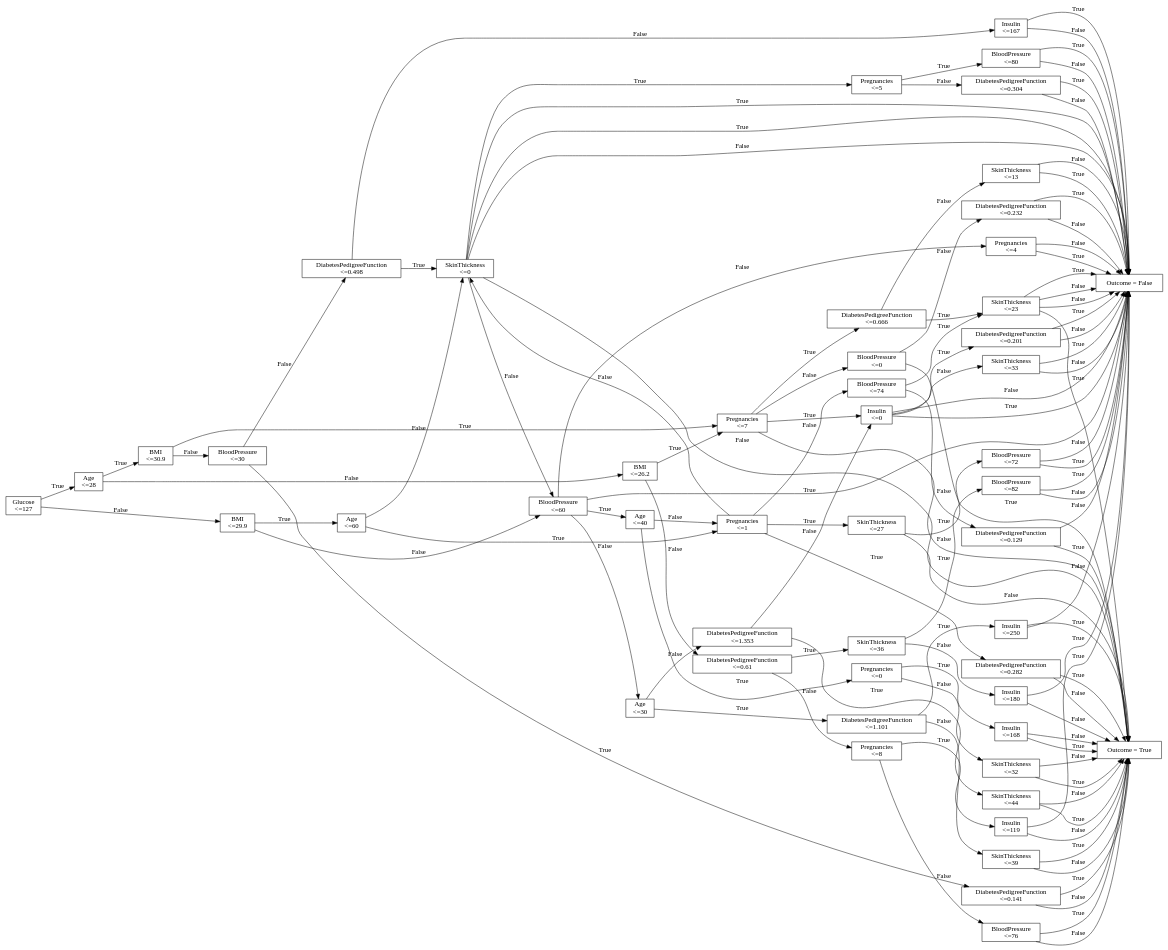
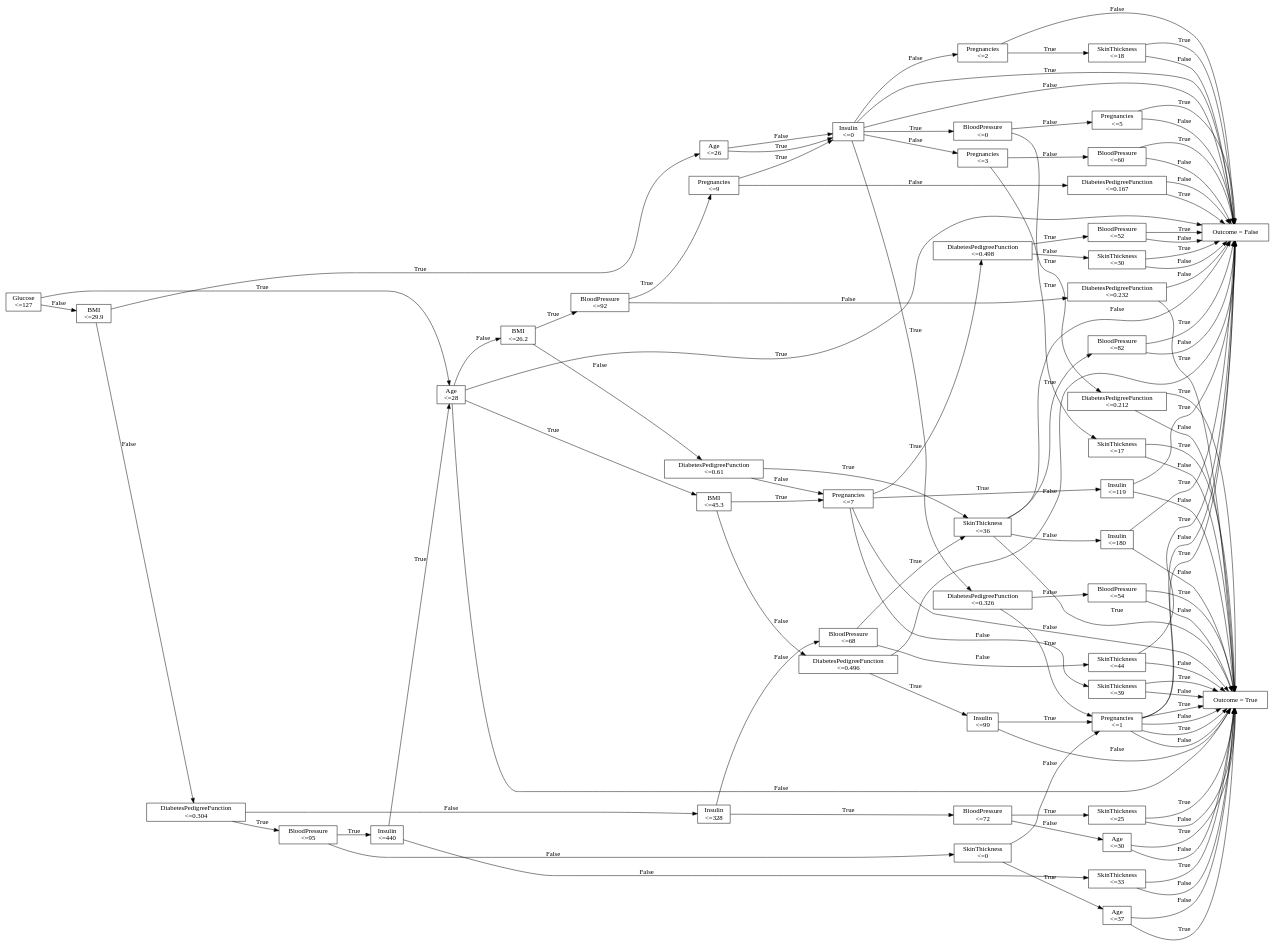
One commit to Debanjan2001/CS60050-Machine-Learning changed the diagram in Assignment-1/decision_tree.gv. Above: the diagram before and after it, drawn with Graphviz. The commit also changed 3 other files, not shown here.

```diff
--- a/Assignment-1/decision_tree.gv
+++ b/Assignment-1/decision_tree.gv
@@ -9,114 +9,107 @@
 <=29.9" [label=False]
 	"Age
 <=28" -> "BMI
-<=30.9" [label=True]
+<=45.3" [label=True]
 	"Age
 <=28" -> "BMI
 <=26.2" [label=False]
 	"BMI
 <=29.9" -> "Age
-<=60" [label=True]
+<=26" [label=True]
 	"BMI
-<=29.9" -> "BloodPressure
-<=60" [label=False]
+<=29.9" -> "DiabetesPedigreeFunction
+<=0.304" [label=False]
 	"BMI
-<=30.9" -> "Pregnancies
+<=45.3" -> "Pregnancies
 <=7" [label=True]
 	"BMI
-<=30.9" -> "BloodPressure
-<=30" [label=False]
+<=45.3" -> "DiabetesPedigreeFunction
+<=0.496" [label=False]
 	"BMI
-<=26.2" -> "Pregnancies
-<=7" [label=True]
+<=26.2" -> "BloodPressure
+<=92" [label=True]
 	"BMI
 <=26.2" -> "DiabetesPedigreeFunction
 <=0.61" [label=False]
 	"Age
-<=60" -> "Pregnancies
-<=1" [label=True]
+<=26" -> "Insulin
+<=0" [label=True]
 	"Age
-<=60" -> "SkinThickness
+<=26" -> "Insulin
 <=0" [label=False]
-	"BloodPressure
-<=60" -> "Age
-<=40" [label=True]
-	"BloodPressure
-<=60" -> "Age
-<=30" [label=False]
+	"DiabetesPedigreeFunction
+<=0.304" -> "BloodPressure
+<=95" [label=True]
+	"DiabetesPedigreeFunction
+<=0.304" -> "Insulin
+<=328" [label=False]
 	"Pregnancies
 <=7" -> "DiabetesPedigreeFunction
-<=0.666" [label=True]
+<=0.498" [label=True]
 	"Pregnancies
 <=7" -> "Outcome = True" [label=False]
+	"DiabetesPedigreeFunction
+<=0.496" -> "Insulin
+<=99" [label=True]
+	"DiabetesPedigreeFunction
+<=0.496" -> "Outcome = False" [label=False]
 	"BloodPressure
-<=30" -> "DiabetesPedigreeFunction
-<=0.141" [label=True]
+<=92" -> "Pregnancies
+<=9" [label=True]
 	"BloodPressure
-<=30" -> "DiabetesPedigreeFunction
-<=0.498" [label=False]
-	"Pregnancies
-<=7" -> "Insulin
-<=0" [label=True]
-	"Pregnancies
-<=7" -> "BloodPressure
-<=0" [label=False]
+<=92" -> "DiabetesPedigreeFunction
+<=0.232" [label=False]
 	"DiabetesPedigreeFunction
 <=0.61" -> "SkinThickness
 <=36" [label=True]
 	"DiabetesPedigreeFunction
 <=0.61" -> "Pregnancies
-<=8" [label=False]
-	"Pregnancies
-<=1" -> "SkinThickness
-<=27" [label=True]
-	"Pregnancies
-<=1" -> "BloodPressure
-<=74" [label=False]
-	"SkinThickness
+<=7" [label=False]
+	"Insulin
+<=0" -> "DiabetesPedigreeFunction
+<=0.326" [label=True]
+	"Insulin
 <=0" -> "Pregnancies
-<=5" [label=True]
-	"SkinThickness
+<=2" [label=False]
+	"Insulin
 <=0" -> "BloodPressure
-<=60" [label=False]
-	"Age
-<=40" -> "Pregnancies
 <=0" [label=True]
-	"Age
-<=40" -> "Pregnancies
-<=1" [label=False]
-	"Age
-<=30" -> "DiabetesPedigreeFunction
-<=1.101" [label=True]
-	"Age
-<=30" -> "DiabetesPedigreeFunction
-<=1.353" [label=False]
+	"Insulin
+<=0" -> "Pregnancies
+<=3" [label=False]
+	"BloodPressure
+<=95" -> "Insulin
+<=440" [label=True]
+	"BloodPressure
+<=95" -> "SkinThickness
+<=0" [label=False]
+	"Insulin
+<=328" -> "BloodPressure
+<=72" [label=True]
+	"Insulin
+<=328" -> "BloodPressure
+<=68" [label=False]
 	"DiabetesPedigreeFunction
-<=0.666" -> "SkinThickness
-<=23" [label=True]
-	"DiabetesPedigreeFunction
-<=0.666" -> "SkinThickness
-<=13" [label=False]
-	"DiabetesPedigreeFunction
-<=0.141" -> "Outcome = True" [label=True]
-	"DiabetesPedigreeFunction
-<=0.141" -> "Outcome = True" [label=False]
+<=0.498" -> "BloodPressure
+<=52" [label=True]
 	"DiabetesPedigreeFunction
 <=0.498" -> "SkinThickness
+<=30" [label=False]
+	"Insulin
+<=99" -> "Pregnancies
+<=1" [label=True]
+	"Insulin
+<=99" -> "Outcome = True" [label=False]
+	"Pregnancies
+<=9" -> "Insulin
 <=0" [label=True]
+	"Pregnancies
+<=9" -> "DiabetesPedigreeFunction
+<=0.167" [label=False]
 	"DiabetesPedigreeFunction
-<=0.498" -> "Insulin
-<=167" [label=False]
-	"Insulin
-<=0" -> "DiabetesPedigreeFunction
-<=0.201" [label=True]
-	"Insulin
-<=0" -> "SkinThickness
-<=33" [label=False]
-	"BloodPressure
-<=0" -> "Outcome = True" [label=True]
-	"BloodPressure
-<=0" -> "DiabetesPedigreeFunction
-<=0.232" [label=False]
+<=0.232" -> "Outcome = True" [label=True]
+	"DiabetesPedigreeFunction
+<=0.232" -> "Outcome = False" [label=False]
 	"SkinThickness
 <=36" -> "BloodPressure
 <=82" [label=True]
@@ -124,85 +117,78 @@
 <=36" -> "Insulin
 <=180" [label=False]
 	"Pregnancies
-<=8" -> "Insulin
+<=7" -> "Insulin
 <=119" [label=True]
 	"Pregnancies
-<=8" -> "BloodPressure
-<=76" [label=False]
-	"SkinThickness
-<=27" -> "BloodPressure
-<=72" [label=True]
-	"SkinThickness
-<=27" -> "Outcome = True" [label=False]
-	"BloodPressure
-<=74" -> "SkinThickness
-<=23" [label=True]
-	"BloodPressure
-<=74" -> "DiabetesPedigreeFunction
-<=0.129" [label=False]
-	"Pregnancies
-<=5" -> "BloodPressure
-<=80" [label=True]
-	"Pregnancies
-<=5" -> "DiabetesPedigreeFunction
-<=0.304" [label=False]
-	"BloodPressure
-<=60" -> "Outcome = False" [label=True]
-	"BloodPressure
-<=60" -> "Pregnancies
-<=4" [label=False]
-	"Pregnancies
-<=0" -> "Insulin
-<=168" [label=True]
-	"Pregnancies
-<=0" -> "SkinThickness
-<=32" [label=False]
-	"Pregnancies
-<=1" -> "DiabetesPedigreeFunction
-<=0.282" [label=True]
-	"Pregnancies
-<=1" -> "SkinThickness
-<=0" [label=False]
-	"DiabetesPedigreeFunction
-<=1.101" -> "Insulin
-<=250" [label=True]
-	"DiabetesPedigreeFunction
-<=1.101" -> "SkinThickness
+<=7" -> "SkinThickness
 <=39" [label=False]
 	"DiabetesPedigreeFunction
-<=1.353" -> "SkinThickness
-<=44" [label=True]
+<=0.326" -> "Pregnancies
+<=1" [label=True]
 	"DiabetesPedigreeFunction
-<=1.353" -> "Insulin
-<=0" [label=False]
+<=0.326" -> "BloodPressure
+<=54" [label=False]
+	"Pregnancies
+<=2" -> "SkinThickness
+<=18" [label=True]
+	"Pregnancies
+<=2" -> "Outcome = False" [label=False]
+	"BloodPressure
+<=0" -> "DiabetesPedigreeFunction
+<=0.212" [label=True]
+	"BloodPressure
+<=0" -> "Pregnancies
+<=5" [label=False]
+	"Pregnancies
+<=3" -> "SkinThickness
+<=17" [label=True]
+	"Pregnancies
+<=3" -> "BloodPressure
+<=60" [label=False]
+	"Insulin
+<=440" -> "Age
+<=28" [label=True]
+	"Insulin
+<=440" -> "SkinThickness
+<=33" [label=False]
 	"SkinThickness
-<=23" -> "Outcome = False" [label=True]
+<=0" -> "Age
+<=37" [label=True]
 	"SkinThickness
-<=23" -> "Outcome = False" [label=False]
+<=0" -> "Pregnancies
+<=1" [label=False]
+	"BloodPressure
+<=72" -> "SkinThickness
+<=25" [label=True]
+	"BloodPressure
+<=72" -> "Age
+<=30" [label=False]
+	"BloodPressure
+<=68" -> "SkinThickness
+<=36" [label=True]
+	"BloodPressure
+<=68" -> "SkinThickness
+<=44" [label=False]
+	"BloodPressure
+<=52" -> "Outcome = False" [label=True]
+	"BloodPressure
+<=52" -> "Outcome = False" [label=False]
 	"SkinThickness
-<=13" -> "Outcome = False" [label=True]
+<=30" -> "Outcome = False" [label=True]
 	"SkinThickness
-<=13" -> "Outcome = False" [label=False]
-	"SkinThickness
+<=30" -> "Outcome = False" [label=False]
+	"Pregnancies
+<=1" -> "Outcome = True" [label=True]
+	"Pregnancies
+<=1" -> "Outcome = True" [label=False]
+	"Insulin
 <=0" -> "Outcome = False" [label=True]
-	"SkinThickness
+	"Insulin
 <=0" -> "Outcome = False" [label=False]
-	"Insulin
-<=167" -> "Outcome = False" [label=True]
-	"Insulin
-<=167" -> "Outcome = False" [label=False]
 	"DiabetesPedigreeFunction
-<=0.201" -> "Outcome = False" [label=True]
+<=0.167" -> "Outcome = False" [label=True]
 	"DiabetesPedigreeFunction
-<=0.201" -> "Outcome = False" [label=False]
-	"SkinThickness
-<=33" -> "Outcome = False" [label=True]
-	"SkinThickness
-<=33" -> "Outcome = False" [label=False]
-	"DiabetesPedigreeFunction
-<=0.232" -> "Outcome = False" [label=True]
-	"DiabetesPedigreeFunction
-<=0.232" -> "Outcome = False" [label=False]
+<=0.167" -> "Outcome = False" [label=False]
 	"BloodPressure
 <=82" -> "Outcome = False" [label=True]
 	"BloodPressure
@@ -215,64 +201,68 @@
 <=119" -> "Outcome = False" [label=True]
 	"Insulin
 <=119" -> "Outcome = True" [label=False]
-	"BloodPressure
-<=76" -> "Outcome = True" [label=True]
-	"BloodPressure
-<=76" -> "Outcome = True" [label=False]
-	"BloodPressure
-<=72" -> "Outcome = False" [label=True]
-	"BloodPressure
-<=72" -> "Outcome = False" [label=False]
-	"SkinThickness
-<=23" -> "Outcome = True" [label=True]
-	"SkinThickness
-<=23" -> "Outcome = False" [label=False]
-	"DiabetesPedigreeFunction
-<=0.129" -> "Outcome = True" [label=True]
-	"DiabetesPedigreeFunction
-<=0.129" -> "Outcome = False" [label=False]
-	"BloodPressure
-<=80" -> "Outcome = False" [label=True]
-	"BloodPressure
-<=80" -> "Outcome = False" [label=False]
-	"DiabetesPedigreeFunction
-<=0.304" -> "Outcome = False" [label=True]
-	"DiabetesPedigreeFunction
-<=0.304" -> "Outcome = False" [label=False]
-	"Pregnancies
-<=4" -> "Outcome = False" [label=True]
-	"Pregnancies
-<=4" -> "Outcome = False" [label=False]
-	"Insulin
-<=168" -> "Outcome = True" [label=True]
-	"Insulin
-<=168" -> "Outcome = True" [label=False]
-	"SkinThickness
-<=32" -> "Outcome = True" [label=True]
-	"SkinThickness
-<=32" -> "Outcome = True" [label=False]
-	"DiabetesPedigreeFunction
-<=0.282" -> "Outcome = True" [label=True]
-	"DiabetesPedigreeFunction
-<=0.282" -> "Outcome = True" [label=False]
-	"SkinThickness
-<=0" -> "Outcome = False" [label=True]
-	"SkinThickness
-<=0" -> "Outcome = True" [label=False]
-	"Insulin
-<=250" -> "Outcome = True" [label=True]
-	"Insulin
-<=250" -> "Outcome = False" [label=False]
 	"SkinThickness
 <=39" -> "Outcome = True" [label=True]
 	"SkinThickness
 <=39" -> "Outcome = True" [label=False]
+	"Pregnancies
+<=1" -> "Outcome = False" [label=True]
+	"Pregnancies
+<=1" -> "Outcome = False" [label=False]
+	"BloodPressure
+<=54" -> "Outcome = True" [label=True]
+	"BloodPressure
+<=54" -> "Outcome = True" [label=False]
 	"SkinThickness
-<=44" -> "Outcome = True" [label=True]
+<=18" -> "Outcome = False" [label=True]
+	"SkinThickness
+<=18" -> "Outcome = False" [label=False]
+	"DiabetesPedigreeFunction
+<=0.212" -> "Outcome = True" [label=True]
+	"DiabetesPedigreeFunction
+<=0.212" -> "Outcome = True" [label=False]
+	"Pregnancies
+<=5" -> "Outcome = False" [label=True]
+	"Pregnancies
+<=5" -> "Outcome = False" [label=False]
+	"SkinThickness
+<=17" -> "Outcome = True" [label=True]
+	"SkinThickness
+<=17" -> "Outcome = True" [label=False]
+	"BloodPressure
+<=60" -> "Outcome = False" [label=True]
+	"BloodPressure
+<=60" -> "Outcome = False" [label=False]
+	"Age
+<=28" -> "Outcome = False" [label=True]
+	"Age
+<=28" -> "Outcome = True" [label=False]
+	"SkinThickness
+<=33" -> "Outcome = True" [label=True]
+	"SkinThickness
+<=33" -> "Outcome = True" [label=False]
+	"Age
+<=37" -> "Outcome = True" [label=True]
+	"Age
+<=37" -> "Outcome = True" [label=False]
+	"Pregnancies
+<=1" -> "Outcome = True" [label=True]
+	"Pregnancies
+<=1" -> "Outcome = True" [label=False]
+	"SkinThickness
+<=25" -> "Outcome = True" [label=True]
+	"SkinThickness
+<=25" -> "Outcome = True" [label=False]
+	"Age
+<=30" -> "Outcome = True" [label=True]
+	"Age
+<=30" -> "Outcome = True" [label=False]
+	"SkinThickness
+<=36" -> "Outcome = True" [label=True]
+	"SkinThickness
+<=36" -> "Outcome = False" [label=False]
+	"SkinThickness
+<=44" -> "Outcome = False" [label=True]
 	"SkinThickness
 <=44" -> "Outcome = True" [label=False]
-	"Insulin
-<=0" -> "Outcome = False" [label=True]
-	"Insulin
-<=0" -> "Outcome = False" [label=False]
 }
```
